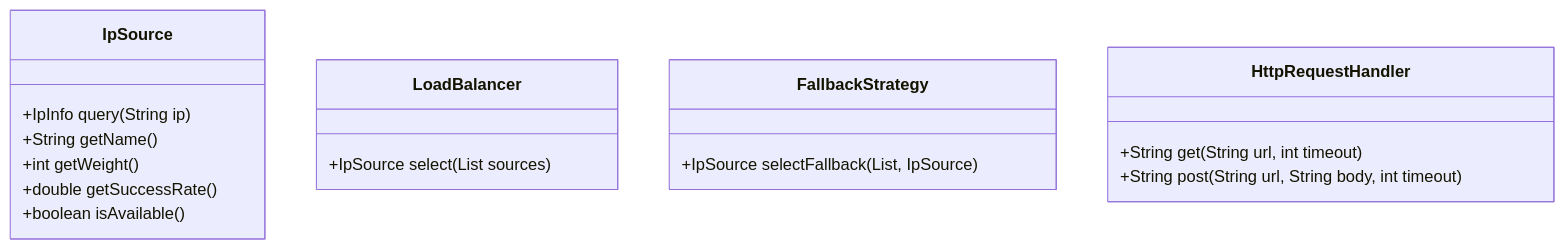
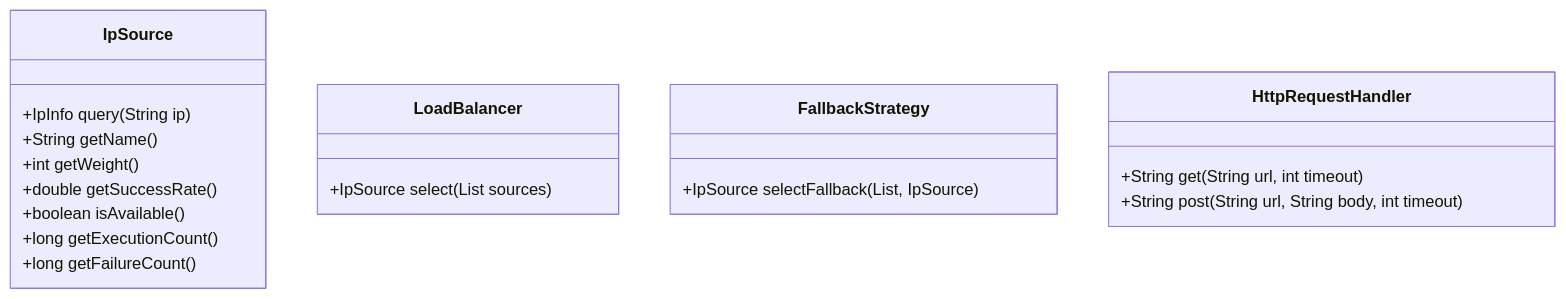
Before and after one commit to listener-He/auto-ip2region: the second of 3 diagrams in API_DOCUMENTATION.md, drawn with Mermaid. The commit also changed other lines of this file and 1 other file, not shown here.

````diff
--- a/API_DOCUMENTATION.md
+++ b/API_DOCUMENTATION.md
@@ -89,23 +91,25 @@
 ```mermaid
 classDiagram
     class IpSource {
         +IpInfo query(String ip)
         +String getName()
         +int getWeight()
         +double getSuccessRate()
         +boolean isAvailable()
+        +long getExecutionCount()
+        +long getFailureCount()
     }
     
     class LoadBalancer {
         +IpSource select(List<IpSource> sources)
     }
     
     class FallbackStrategy {
         +IpSource selectFallback(List<IpSource>, IpSource)
     }
     
     class HttpRequestHandler {
         +String get(String url, int timeout)
         +String post(String url, String body, int timeout)
     }
 ```
````
